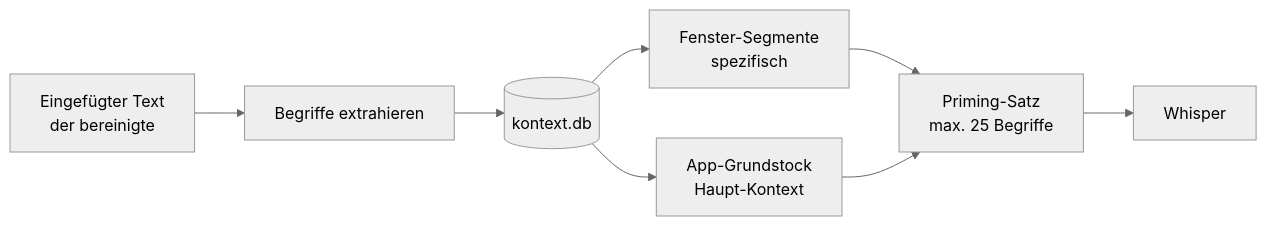
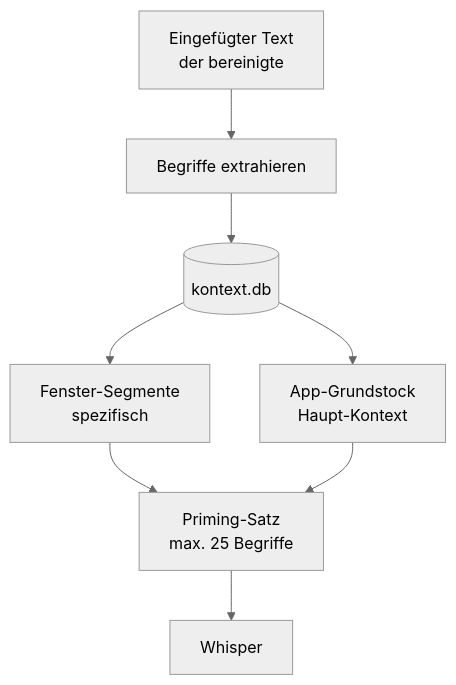
The third of 5 diagrams in docs/TECHNIK.md (FynnXland/fleech), drawn with Mermaid (neutral theme) before and after one commit. The commit also changed other lines of this file and 5 other files, not shown here.

````diff
--- a/docs/TECHNIK.md
+++ b/docs/TECHNIK.md
@@ -252,10 +283,10 @@
 ```mermaid
-flowchart LR
+flowchart TD
     A["Eingefügter Text<br/>der bereinigte"] --> B["Begriffe extrahieren"]
     B --> C[("kontext.db")]
     C --> D["Fenster-Segmente<br/>spezifisch"]
     C --> E["App-Grundstock<br/>Haupt-Kontext"]
     D --> F["Priming-Satz<br/>max. 25 Begriffe"]
     E --> F
     F --> G["Whisper"]
 ```
````
